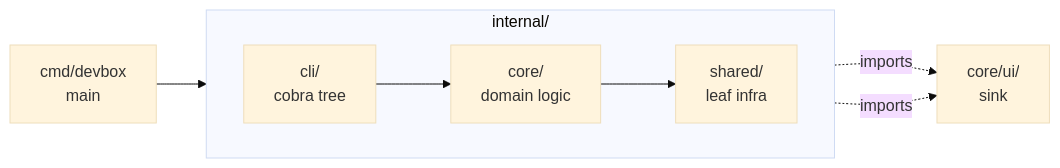
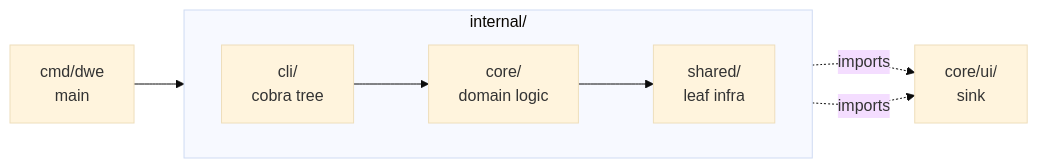
The diagram in docs/internals/architecture.md (semsemyonoff/dwe), drawn with Mermaid (base theme) before and after one commit. The commit also changed other lines of this file and 113 other files, not shown here.

First line of the commit message:
feat: Phase 4a+4b — update EN and RU docs for devbox→dwe rebrand

````diff
--- a/docs/internals/architecture.md
+++ b/docs/internals/architecture.md
@@ -32,14 +32,14 @@
 ```mermaid
 flowchart LR
-  Bin["cmd/devbox<br/>main"] --> CLI
+  Bin["cmd/dwe<br/>main"] --> CLI
 
   subgraph internal["internal/"]
     direction LR
     CLI["cli/<br/>cobra tree"] --> Core
     Core["core/<br/>domain logic"] --> Shared
     Shared["shared/<br/>leaf infra"]
   end
 
   Core -.imports.-> UI["core/ui/<br/>sink"]
   CLI -.imports.-> UI
 ```
````
